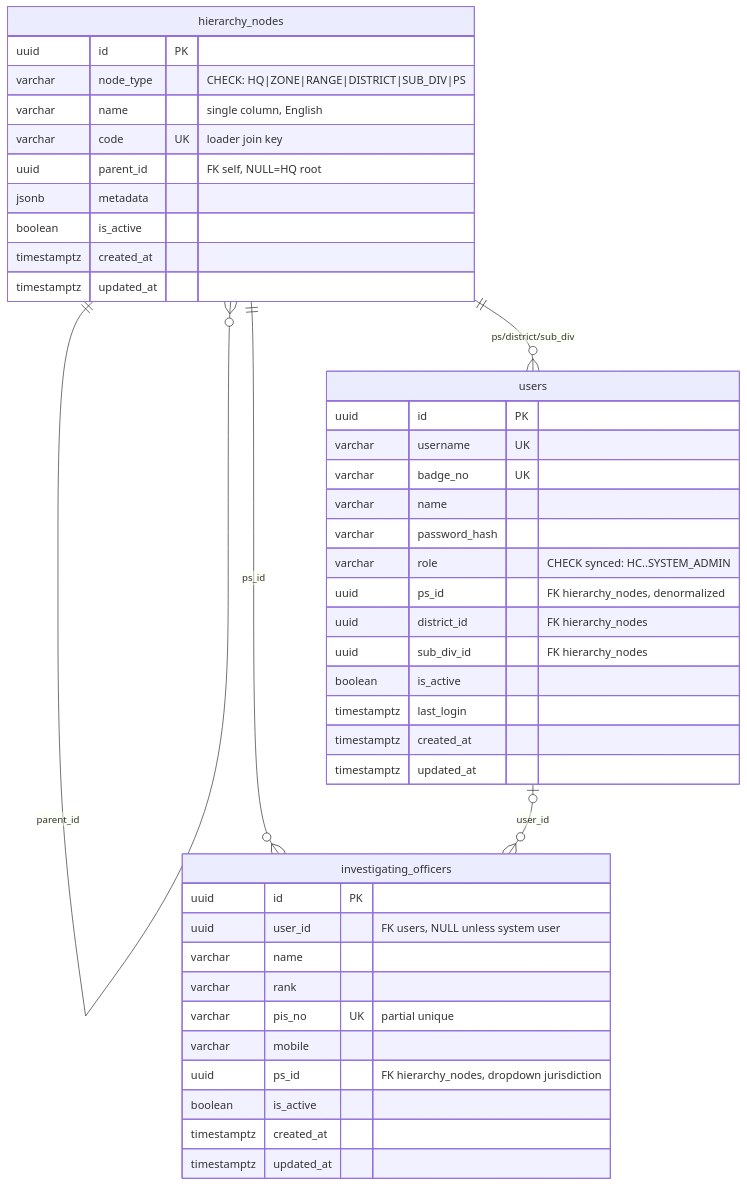
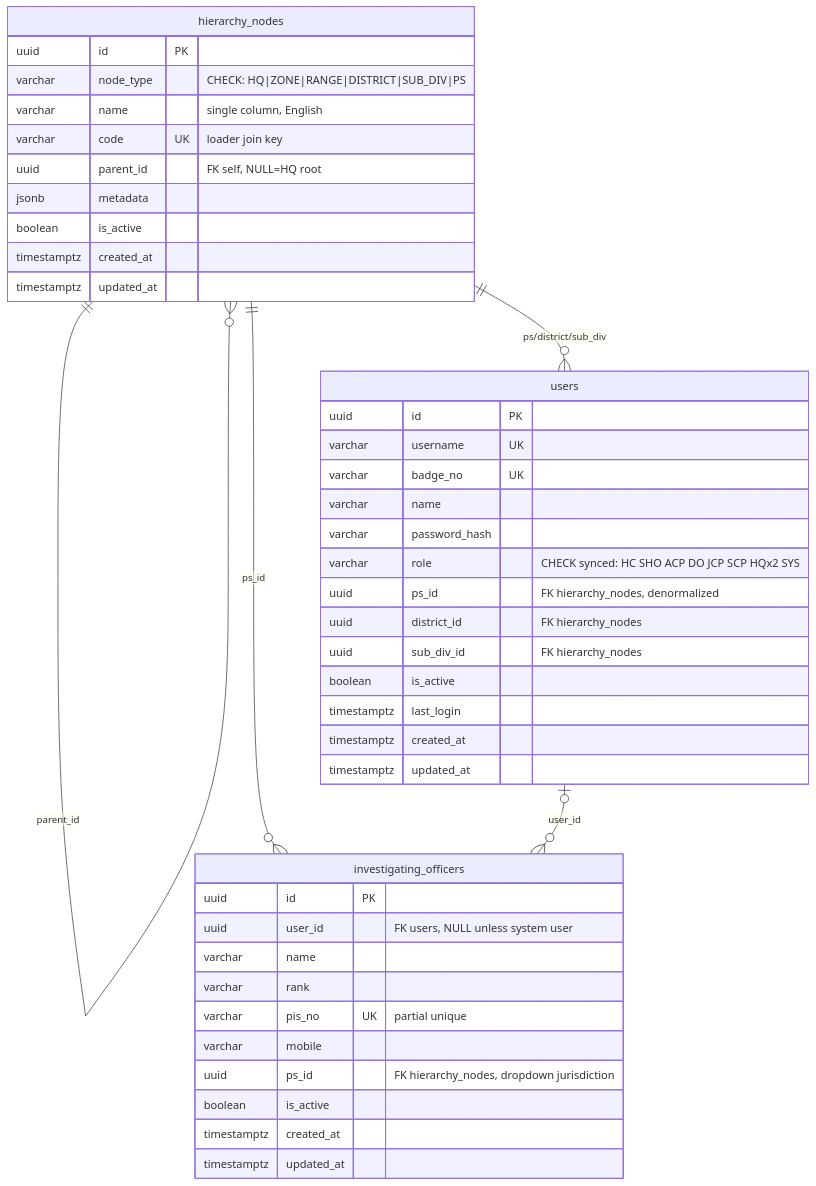
The second of 8 diagrams in docs/db-audit/ER_DIAGRAM.md (kshitijsince2004/dp), drawn with Mermaid before and after one commit. The commit also changed other lines of this file and 61 other files, not shown here.

````diff
--- a/docs/db-audit/ER_DIAGRAM.md
+++ b/docs/db-audit/ER_DIAGRAM.md
@@ -108,46 +112,46 @@
 ```mermaid
 erDiagram
     hierarchy_nodes ||--o{ hierarchy_nodes : "parent_id"
     hierarchy_nodes ||--o{ users : "ps/district/sub_div"
     hierarchy_nodes ||--o{ investigating_officers : "ps_id"
     users |o--o{ investigating_officers : "user_id"
 
     hierarchy_nodes {
         uuid id PK
         varchar node_type "CHECK: HQ|ZONE|RANGE|DISTRICT|SUB_DIV|PS"
         varchar name "single column, English"
         varchar code UK "loader join key"
         uuid parent_id "FK self, NULL=HQ root"
         jsonb metadata
         boolean is_active
         timestamptz created_at
         timestamptz updated_at
     }
     users {
         uuid id PK
         varchar username UK
         varchar badge_no UK
         varchar name
         varchar password_hash
-        varchar role "CHECK synced: HC..SYSTEM_ADMIN"
+        varchar role "CHECK synced: HC SHO ACP DO JCP SCP HQx2 SYS"
         uuid ps_id "FK hierarchy_nodes, denormalized"
         uuid district_id "FK hierarchy_nodes"
         uuid sub_div_id "FK hierarchy_nodes"
         boolean is_active
         timestamptz last_login
         timestamptz created_at
         timestamptz updated_at
     }
     investigating_officers {
         uuid id PK
         uuid user_id "FK users, NULL unless system user"
         varchar name
         varchar rank
         varchar pis_no UK "partial unique"
         varchar mobile
         uuid ps_id "FK hierarchy_nodes, dropdown jurisdiction"
         boolean is_active
         timestamptz created_at
         timestamptz updated_at
     }
 ```
````
